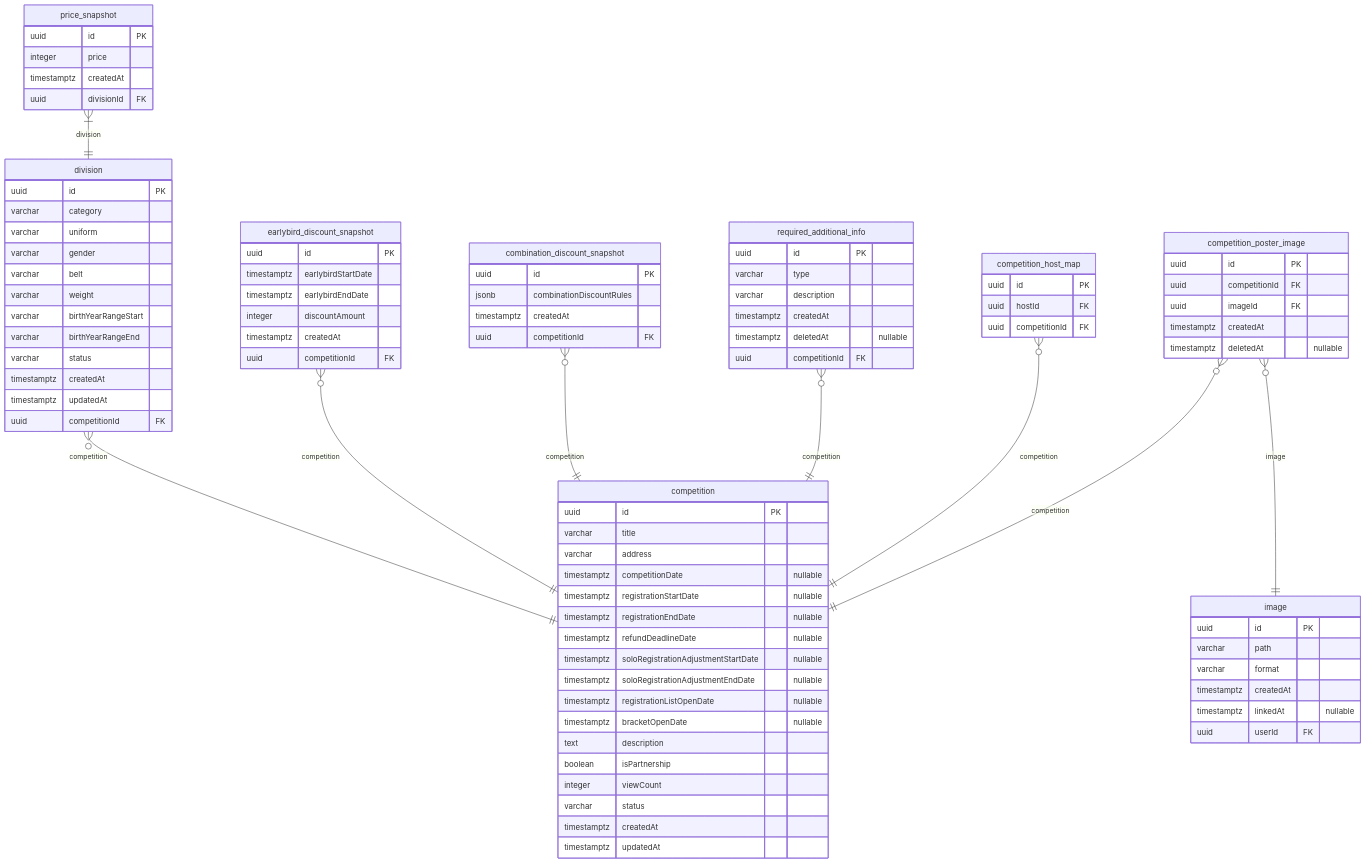
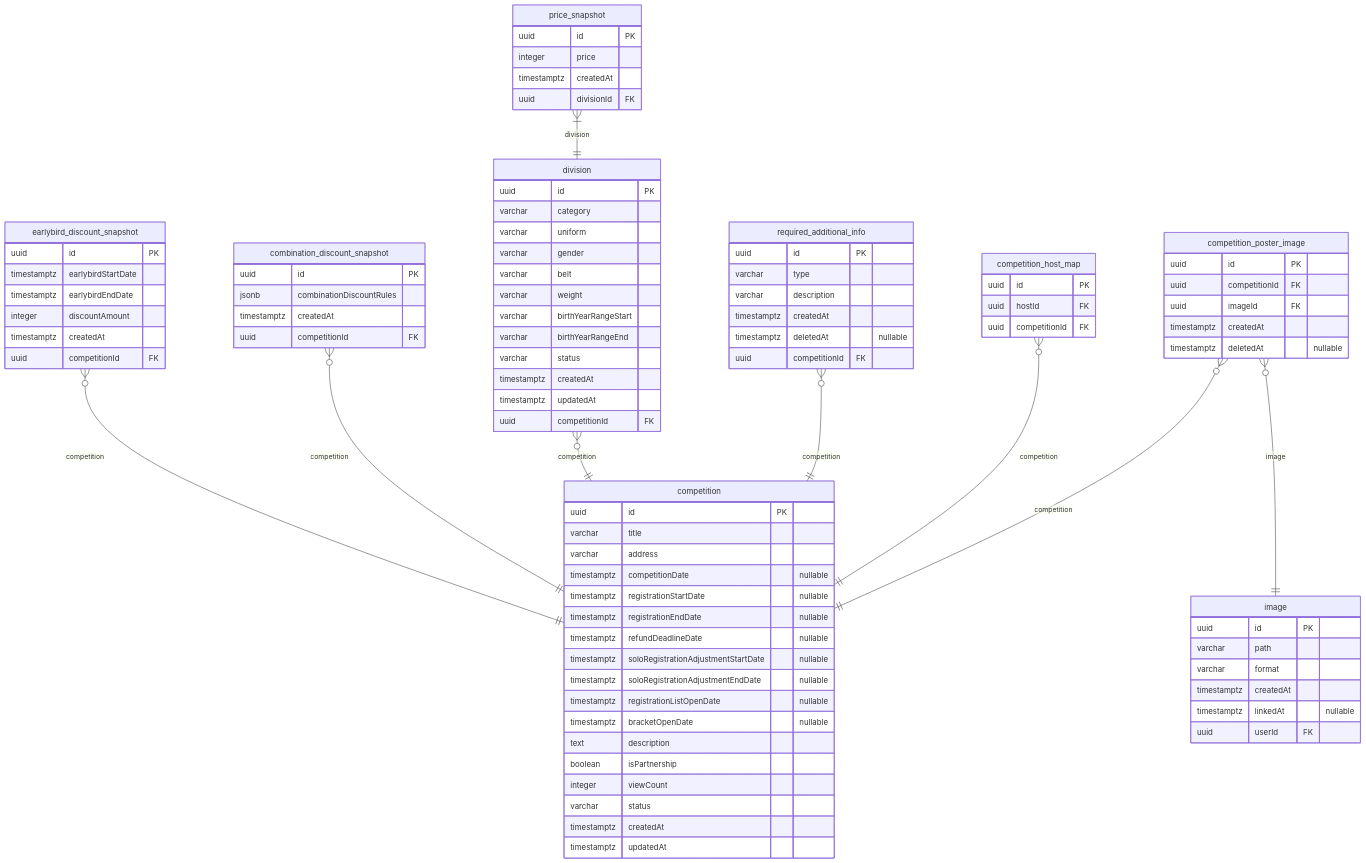
Before and after one commit to NAJUHA-JIUJITSU/najuha-v2-be: the third of 6 diagrams in docs/najiha-v2-erd.md, drawn with Mermaid. The commit also changed other lines of this file and 38 other files, not shown here.

````diff
--- a/docs/najiha-v2-erd.md
+++ b/docs/najiha-v2-erd.md
@@ -359,5 +413,19 @@
 ```mermaid
 erDiagram
+  earlybird_discount_snapshot {
+    uuid id PK
+    timestamptz earlybirdStartDate
+    timestamptz earlybirdEndDate
+    integer discountAmount
+    timestamptz createdAt
+    uuid competitionId FK
+  }
+  combination_discount_snapshot {
+    uuid id PK
+    jsonb combinationDiscountRules
+    timestamptz createdAt
+    uuid competitionId FK
+  }
   price_snapshot {
     uuid id PK
     integer price
@@ -376,20 +444,6 @@
     varchar status
     timestamptz createdAt
     timestamptz updatedAt
-    uuid competitionId FK
-  }
-  earlybird_discount_snapshot {
-    uuid id PK
-    timestamptz earlybirdStartDate
-    timestamptz earlybirdEndDate
-    integer discountAmount
-    timestamptz createdAt
-    uuid competitionId FK
-  }
-  combination_discount_snapshot {
-    uuid id PK
-    jsonb combinationDiscountRules
-    timestamptz createdAt
     uuid competitionId FK
   }
   required_additional_info {
@@ -439,10 +493,10 @@
     timestamptz createdAt
     timestamptz updatedAt
   }
+  earlybird_discount_snapshot }o--|| competition: competition
+  combination_discount_snapshot }o--|| competition: competition
   price_snapshot }|--|| division: division
   division }o--|| competition: competition
-  earlybird_discount_snapshot }o--|| competition: competition
-  combination_discount_snapshot }o--|| competition: competition
   required_additional_info }o--|| competition: competition
   competition_host_map }o--|| competition: competition
   competition_poster_image }o--|| competition: competition
````
